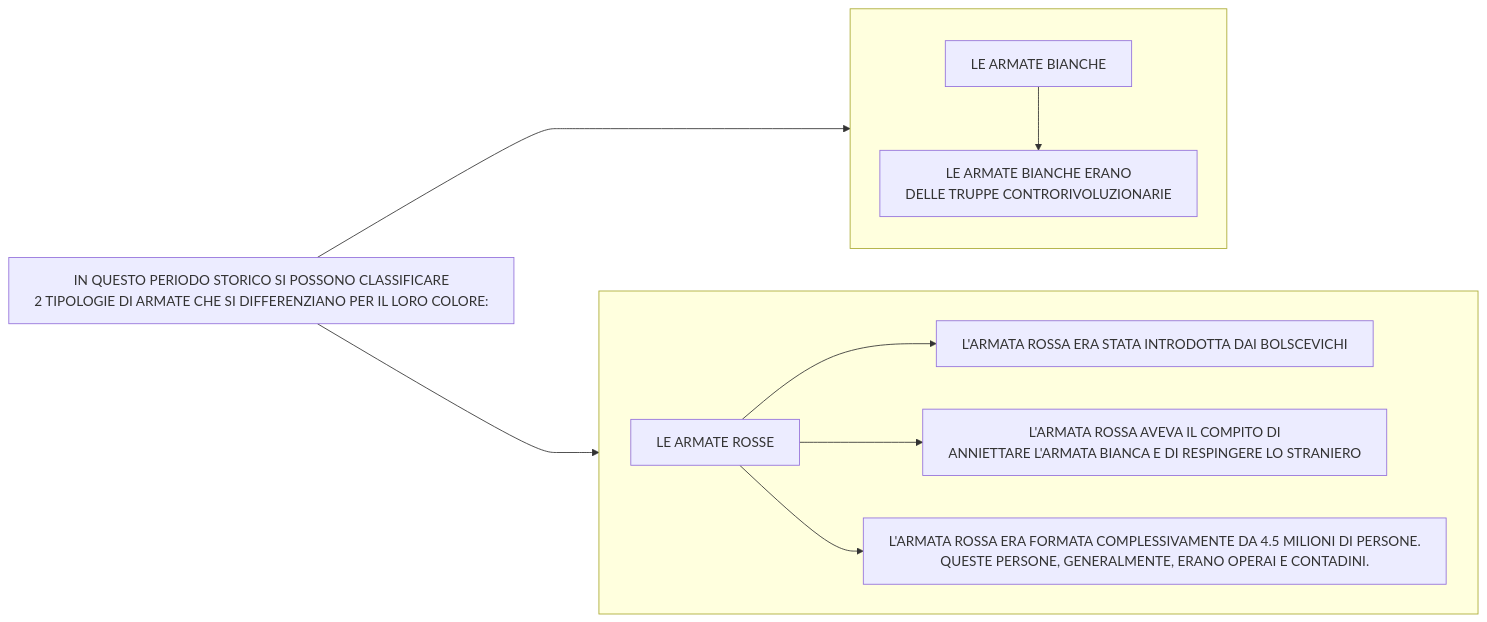
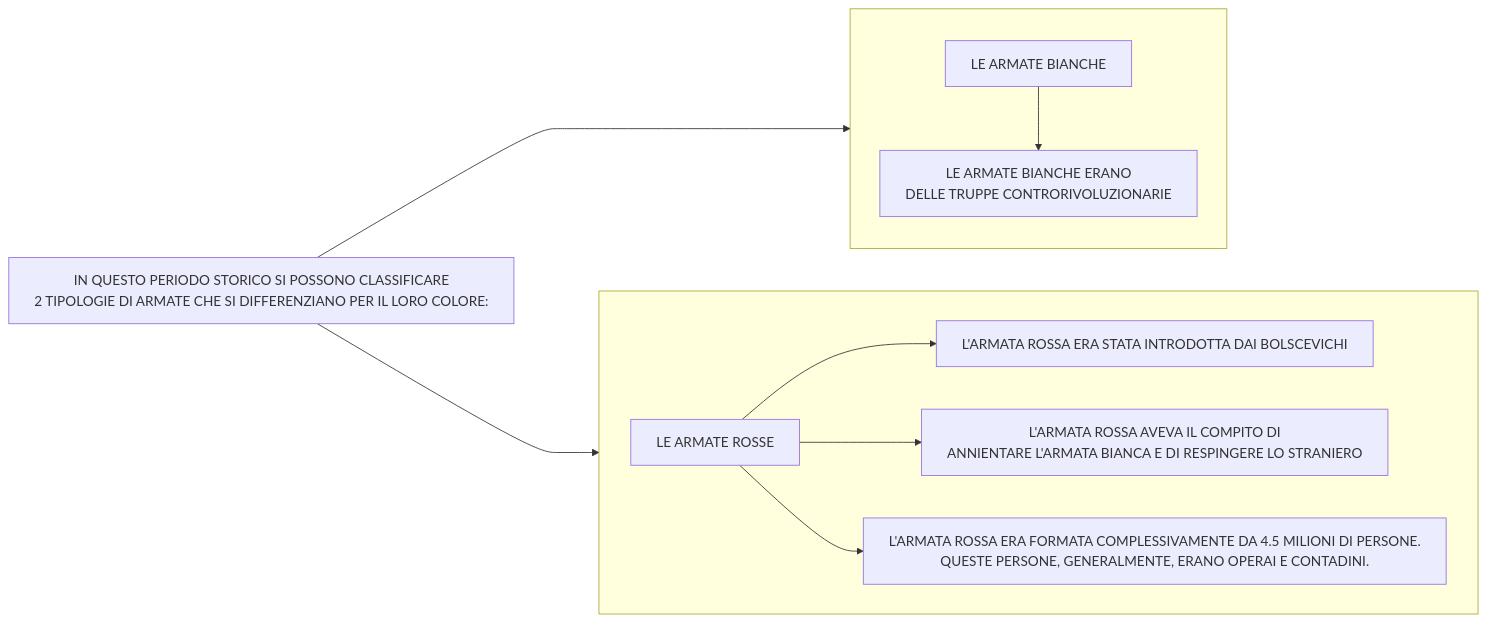
Before and after one commit to Laaouatni/ricerca-storia-MermaidJS: the sixth of 22 diagrams in stalinismoRiscrittura.md, drawn with Mermaid. The commit also changed other lines of this file, not shown here.

````diff
--- a/stalinismoRiscrittura.md
+++ b/stalinismoRiscrittura.md
@@ -98,20 +98,20 @@
 ```mermaid
 %%{init: { "flowchart": { "wrappingWidth": 700 } }}%%
 flowchart LR
   0[IN QUESTO PERIODO STORICO SI POSSONO CLASSIFICARE <br>2 TIPOLOGIE DI ARMATE CHE SI DIFFERENZIANO PER IL LORO COLORE:]
   subgraph 1[" "]
     direction TB;
     10[LE ARMATE BIANCHE]
     100[LE ARMATE BIANCHE ERANO <br>DELLE TRUPPE CONTRORIVOLUZIONARIE]
     10 --> 100
   end
   subgraph 2[" "]
     direction LR;
     11[LE ARMATE ROSSE]
     110[L'ARMATA ROSSA ERA STATA INTRODOTTA DAI BOLSCEVICHI]
-    111[L'ARMATA ROSSA AVEVA IL COMPITO DI <br>ANNIETTARE L'ARMATA BIANCA E DI RESPINGERE LO STRANIERO]
+    111[L'ARMATA ROSSA AVEVA IL COMPITO DI <br>ANNIENTARE L'ARMATA BIANCA E DI RESPINGERE LO STRANIERO]
     112[L'ARMATA ROSSA ERA FORMATA COMPLESSIVAMENTE DA 4.5 MILIONI DI PERSONE. <br> QUESTE PERSONE, GENERALMENTE, ERANO OPERAI E CONTADINI.]
     11 --> 110 & 111 & 112
   end
   0 ---> 1 & 11
 ```
````
